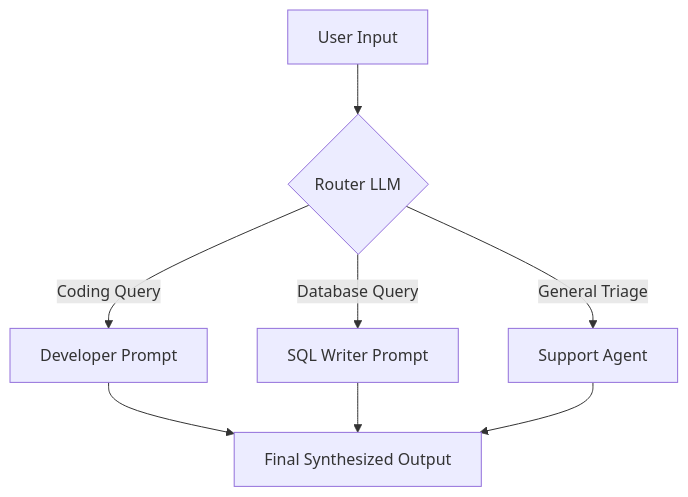
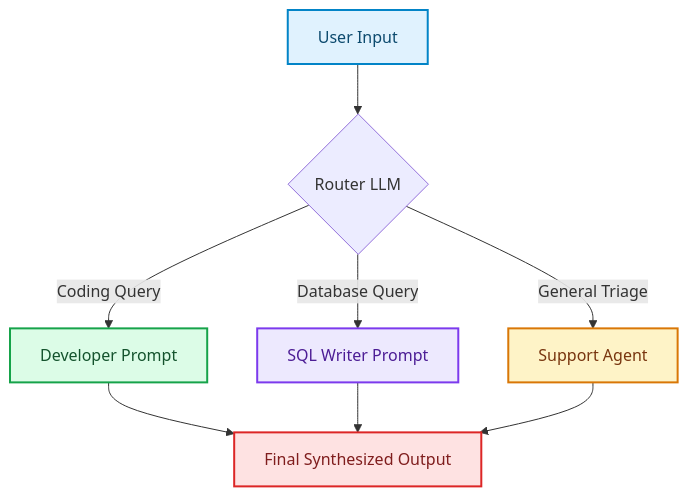
The third of 8 diagrams in blog/posts/agentic-ai-architectures.md (akmalkhaniub/akmalkhaniub.github.io), drawn with Mermaid before and after one commit. The commit also changed other lines of this file and 1291 other files, not shown here.

First line of the commit message:
feat(catalog): unique covers, scholarly references, and diagram palettes

````diff
--- a/blog/posts/agentic-ai-architectures.md
+++ b/blog/posts/agentic-ai-architectures.md
@@ -64,11 +86,22 @@
 ```mermaid
 flowchart TD
-    Input[User Input] --> Router{Router LLM}
-    Router -->|Coding Query| Dev[Developer Prompt]
-    Router -->|Database Query| DB[SQL Writer Prompt]
-    Router -->|General Triage| General[Support Agent]
+    Input["User Input"] --> Router{Router LLM}
+    Router -->|Coding Query| Dev["Developer Prompt"]
+    Router -->|Database Query| DB["SQL Writer Prompt"]
+    Router -->|General Triage| General["Support Agent"]
     
-    Dev --> Output[Final Synthesized Output]
+    Dev --> Output["Final Synthesized Output"]
     DB --> Output
     General --> Output
+
+classDef green fill:#dcfce7,stroke:#16a34a,stroke-width:2px,color:#14532d;
+classDef red fill:#fee2e2,stroke:#dc2626,stroke-width:2px,color:#7f1d1d;
+classDef blue fill:#e0f2fe,stroke:#0284c7,stroke-width:2px,color:#0c4a6e;
+classDef yellow fill:#fef3c7,stroke:#d97706,stroke-width:2px,color:#78350f;
+classDef purple fill:#ede9fe,stroke:#7c3aed,stroke-width:2px,color:#4c1d95;
+class Input blue
+class Dev green
+class DB purple
+class General yellow
+class Output red
 ```
````
